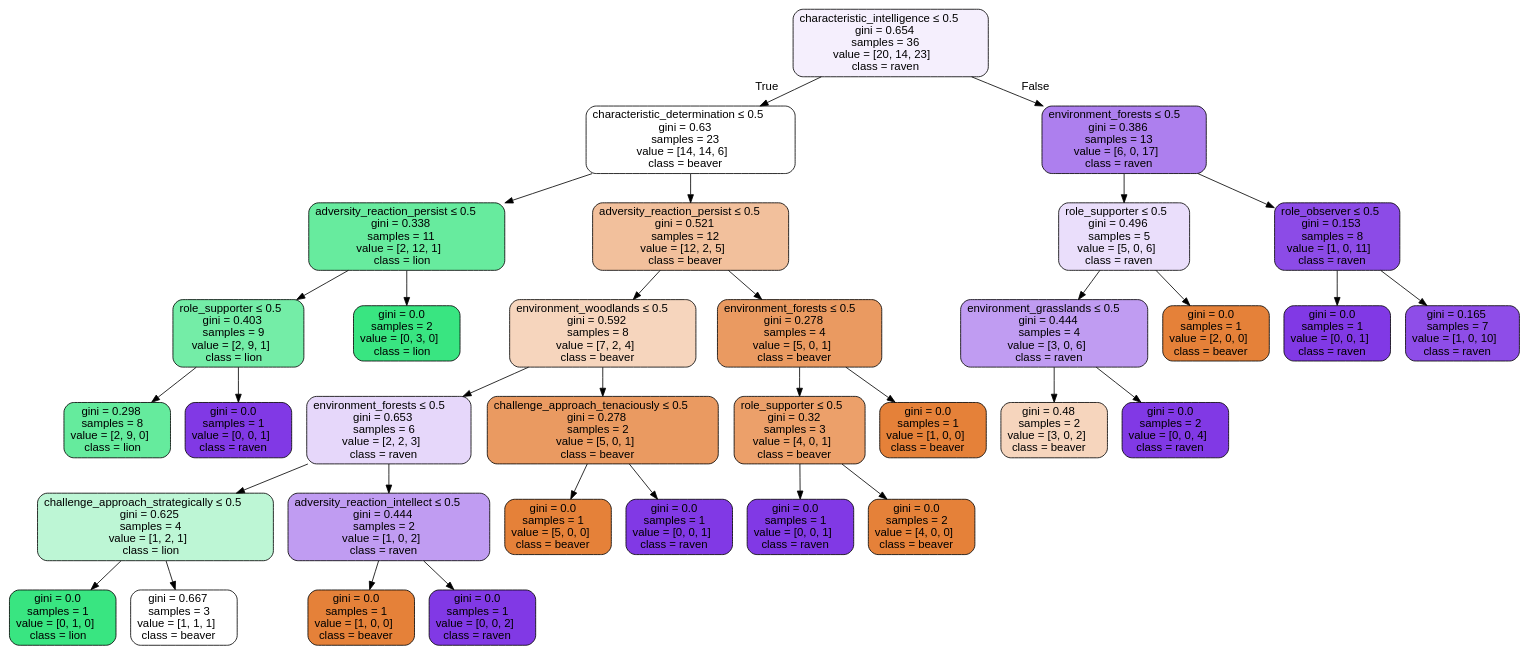
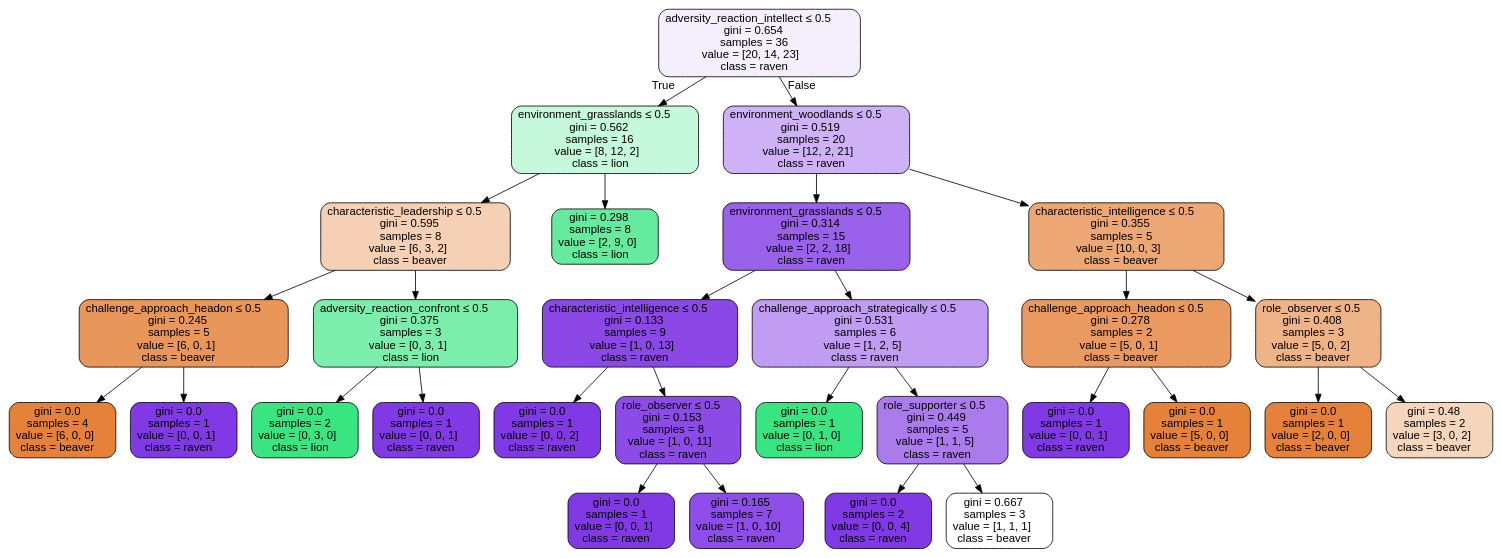
One commit to rphlmnbt/spirit-animal-test changed the diagram in BE/graph.dot. Above: the diagram before and after it, drawn with Graphviz. The commit also changed 5 other files, not shown here.

```diff
--- a/BE/graph.dot
+++ b/BE/graph.dot
@@ -1,69 +1,61 @@
 digraph Tree {
 node [shape=box, style="filled, rounded", color="black", fontname="helvetica"] ;
 edge [fontname="helvetica"] ;
-0 [label=<characteristic_intelligence &le; 0.5<br/>gini = 0.654<br/>samples = 36<br/>value = [20, 14, 23]<br/>class = raven>, fillcolor="#f5effd"] ;
-1 [label=<characteristic_determination &le; 0.5<br/>gini = 0.63<br/>samples = 23<br/>value = [14, 14, 6]<br/>class = beaver>, fillcolor="#ffffff"] ;
+0 [label=<adversity_reaction_intellect &le; 0.5<br/>gini = 0.654<br/>samples = 36<br/>value = [20, 14, 23]<br/>class = raven>, fillcolor="#f5effd"] ;
+1 [label=<environment_grasslands &le; 0.5<br/>gini = 0.562<br/>samples = 16<br/>value = [8, 12, 2]<br/>class = lion>, fillcolor="#c6f8db"] ;
 0 -> 1 [labeldistance=2.5, labelangle=45, headlabel="True"] ;
-2 [label=<adversity_reaction_persist &le; 0.5<br/>gini = 0.338<br/>samples = 11<br/>value = [2, 12, 1]<br/>class = lion>, fillcolor="#67eb9e"] ;
+2 [label=<characteristic_leadership &le; 0.5<br/>gini = 0.595<br/>samples = 8<br/>value = [6, 3, 2]<br/>class = beaver>, fillcolor="#f5d0b5"] ;
 1 -> 2 ;
-3 [label=<role_supporter &le; 0.5<br/>gini = 0.403<br/>samples = 9<br/>value = [2, 9, 1]<br/>class = lion>, fillcolor="#74eda7"] ;
+3 [label=<challenge_approach_headon &le; 0.5<br/>gini = 0.245<br/>samples = 5<br/>value = [6, 0, 1]<br/>class = beaver>, fillcolor="#e9965a"] ;
 2 -> 3 ;
-4 [label=<gini = 0.298<br/>samples = 8<br/>value = [2, 9, 0]<br/>class = lion>, fillcolor="#65eb9d"] ;
+4 [label=<gini = 0.0<br/>samples = 4<br/>value = [6, 0, 0]<br/>class = beaver>, fillcolor="#e58139"] ;
 3 -> 4 ;
 5 [label=<gini = 0.0<br/>samples = 1<br/>value = [0, 0, 1]<br/>class = raven>, fillcolor="#8139e5"] ;
 3 -> 5 ;
-6 [label=<gini = 0.0<br/>samples = 2<br/>value = [0, 3, 0]<br/>class = lion>, fillcolor="#39e581"] ;
+6 [label=<adversity_reaction_confront &le; 0.5<br/>gini = 0.375<br/>samples = 3<br/>value = [0, 3, 1]<br/>class = lion>, fillcolor="#7beeab"] ;
 2 -> 6 ;
-7 [label=<adversity_reaction_persist &le; 0.5<br/>gini = 0.521<br/>samples = 12<br/>value = [12, 2, 5]<br/>class = beaver>, fillcolor="#f2c09c"] ;
-1 -> 7 ;
-8 [label=<environment_woodlands &le; 0.5<br/>gini = 0.592<br/>samples = 8<br/>value = [7, 2, 4]<br/>class = beaver>, fillcolor="#f6d5bd"] ;
-7 -> 8 ;
-9 [label=<environment_forests &le; 0.5<br/>gini = 0.653<br/>samples = 6<br/>value = [2, 2, 3]<br/>class = raven>, fillcolor="#e6d7fa"] ;
-8 -> 9 ;
-10 [label=<challenge_approach_strategically &le; 0.5<br/>gini = 0.625<br/>samples = 4<br/>value = [1, 2, 1]<br/>class = lion>, fillcolor="#bdf6d5"] ;
-9 -> 10 ;
-11 [label=<gini = 0.0<br/>samples = 1<br/>value = [0, 1, 0]<br/>class = lion>, fillcolor="#39e581"] ;
+7 [label=<gini = 0.0<br/>samples = 2<br/>value = [0, 3, 0]<br/>class = lion>, fillcolor="#39e581"] ;
+6 -> 7 ;
+8 [label=<gini = 0.0<br/>samples = 1<br/>value = [0, 0, 1]<br/>class = raven>, fillcolor="#8139e5"] ;
+6 -> 8 ;
+9 [label=<gini = 0.298<br/>samples = 8<br/>value = [2, 9, 0]<br/>class = lion>, fillcolor="#65eb9d"] ;
+1 -> 9 ;
+10 [label=<environment_woodlands &le; 0.5<br/>gini = 0.519<br/>samples = 20<br/>value = [12, 2, 21]<br/>class = raven>, fillcolor="#ceb2f5"] ;
+0 -> 10 [labeldistance=2.5, labelangle=-45, headlabel="False"] ;
+11 [label=<environment_grasslands &le; 0.5<br/>gini = 0.314<br/>samples = 15<br/>value = [2, 2, 18]<br/>class = raven>, fillcolor="#9a61ea"] ;
 10 -> 11 ;
-12 [label=<gini = 0.667<br/>samples = 3<br/>value = [1, 1, 1]<br/>class = beaver>, fillcolor="#ffffff"] ;
-10 -> 12 ;
-13 [label=<adversity_reaction_intellect &le; 0.5<br/>gini = 0.444<br/>samples = 2<br/>value = [1, 0, 2]<br/>class = raven>, fillcolor="#c09cf2"] ;
-9 -> 13 ;
-14 [label=<gini = 0.0<br/>samples = 1<br/>value = [1, 0, 0]<br/>class = beaver>, fillcolor="#e58139"] ;
-13 -> 14 ;
-15 [label=<gini = 0.0<br/>samples = 1<br/>value = [0, 0, 2]<br/>class = raven>, fillcolor="#8139e5"] ;
-13 -> 15 ;
-16 [label=<challenge_approach_tenaciously &le; 0.5<br/>gini = 0.278<br/>samples = 2<br/>value = [5, 0, 1]<br/>class = beaver>, fillcolor="#ea9a61"] ;
-8 -> 16 ;
-17 [label=<gini = 0.0<br/>samples = 1<br/>value = [5, 0, 0]<br/>class = beaver>, fillcolor="#e58139"] ;
-16 -> 17 ;
-18 [label=<gini = 0.0<br/>samples = 1<br/>value = [0, 0, 1]<br/>class = raven>, fillcolor="#8139e5"] ;
-16 -> 18 ;
-19 [label=<environment_forests &le; 0.5<br/>gini = 0.278<br/>samples = 4<br/>value = [5, 0, 1]<br/>class = beaver>, fillcolor="#ea9a61"] ;
-7 -> 19 ;
-20 [label=<role_supporter &le; 0.5<br/>gini = 0.32<br/>samples = 3<br/>value = [4, 0, 1]<br/>class = beaver>, fillcolor="#eca06a"] ;
+12 [label=<characteristic_intelligence &le; 0.5<br/>gini = 0.133<br/>samples = 9<br/>value = [1, 0, 13]<br/>class = raven>, fillcolor="#8b48e7"] ;
+11 -> 12 ;
+13 [label=<gini = 0.0<br/>samples = 1<br/>value = [0, 0, 2]<br/>class = raven>, fillcolor="#8139e5"] ;
+12 -> 13 ;
+14 [label=<role_observer &le; 0.5<br/>gini = 0.153<br/>samples = 8<br/>value = [1, 0, 11]<br/>class = raven>, fillcolor="#8c4be7"] ;
+12 -> 14 ;
+15 [label=<gini = 0.0<br/>samples = 1<br/>value = [0, 0, 1]<br/>class = raven>, fillcolor="#8139e5"] ;
+14 -> 15 ;
+16 [label=<gini = 0.165<br/>samples = 7<br/>value = [1, 0, 10]<br/>class = raven>, fillcolor="#8e4de8"] ;
+14 -> 16 ;
+17 [label=<challenge_approach_strategically &le; 0.5<br/>gini = 0.531<br/>samples = 6<br/>value = [1, 2, 5]<br/>class = raven>, fillcolor="#c09cf2"] ;
+11 -> 17 ;
+18 [label=<gini = 0.0<br/>samples = 1<br/>value = [0, 1, 0]<br/>class = lion>, fillcolor="#39e581"] ;
+17 -> 18 ;
+19 [label=<role_supporter &le; 0.5<br/>gini = 0.449<br/>samples = 5<br/>value = [1, 1, 5]<br/>class = raven>, fillcolor="#ab7bee"] ;
+17 -> 19 ;
+20 [label=<gini = 0.0<br/>samples = 2<br/>value = [0, 0, 4]<br/>class = raven>, fillcolor="#8139e5"] ;
 19 -> 20 ;
-21 [label=<gini = 0.0<br/>samples = 1<br/>value = [0, 0, 1]<br/>class = raven>, fillcolor="#8139e5"] ;
-20 -> 21 ;
-22 [label=<gini = 0.0<br/>samples = 2<br/>value = [4, 0, 0]<br/>class = beaver>, fillcolor="#e58139"] ;
-20 -> 22 ;
-23 [label=<gini = 0.0<br/>samples = 1<br/>value = [1, 0, 0]<br/>class = beaver>, fillcolor="#e58139"] ;
-19 -> 23 ;
-24 [label=<environment_forests &le; 0.5<br/>gini = 0.386<br/>samples = 13<br/>value = [6, 0, 17]<br/>class = raven>, fillcolor="#ad7fee"] ;
-0 -> 24 [labeldistance=2.5, labelangle=-45, headlabel="False"] ;
-25 [label=<role_supporter &le; 0.5<br/>gini = 0.496<br/>samples = 5<br/>value = [5, 0, 6]<br/>class = raven>, fillcolor="#eadefb"] ;
-24 -> 25 ;
-26 [label=<environment_grasslands &le; 0.5<br/>gini = 0.444<br/>samples = 4<br/>value = [3, 0, 6]<br/>class = raven>, fillcolor="#c09cf2"] ;
-25 -> 26 ;
-27 [label=<gini = 0.48<br/>samples = 2<br/>value = [3, 0, 2]<br/>class = beaver>, fillcolor="#f6d5bd"] ;
+21 [label=<gini = 0.667<br/>samples = 3<br/>value = [1, 1, 1]<br/>class = beaver>, fillcolor="#ffffff"] ;
+19 -> 21 ;
+22 [label=<characteristic_intelligence &le; 0.5<br/>gini = 0.355<br/>samples = 5<br/>value = [10, 0, 3]<br/>class = beaver>, fillcolor="#eda774"] ;
+10 -> 22 ;
+23 [label=<challenge_approach_headon &le; 0.5<br/>gini = 0.278<br/>samples = 2<br/>value = [5, 0, 1]<br/>class = beaver>, fillcolor="#ea9a61"] ;
+22 -> 23 ;
+24 [label=<gini = 0.0<br/>samples = 1<br/>value = [0, 0, 1]<br/>class = raven>, fillcolor="#8139e5"] ;
+23 -> 24 ;
+25 [label=<gini = 0.0<br/>samples = 1<br/>value = [5, 0, 0]<br/>class = beaver>, fillcolor="#e58139"] ;
+23 -> 25 ;
+26 [label=<role_observer &le; 0.5<br/>gini = 0.408<br/>samples = 3<br/>value = [5, 0, 2]<br/>class = beaver>, fillcolor="#efb388"] ;
+22 -> 26 ;
+27 [label=<gini = 0.0<br/>samples = 1<br/>value = [2, 0, 0]<br/>class = beaver>, fillcolor="#e58139"] ;
 26 -> 27 ;
-28 [label=<gini = 0.0<br/>samples = 2<br/>value = [0, 0, 4]<br/>class = raven>, fillcolor="#8139e5"] ;
+28 [label=<gini = 0.48<br/>samples = 2<br/>value = [3, 0, 2]<br/>class = beaver>, fillcolor="#f6d5bd"] ;
 26 -> 28 ;
-29 [label=<gini = 0.0<br/>samples = 1<br/>value = [2, 0, 0]<br/>class = beaver>, fillcolor="#e58139"] ;
-25 -> 29 ;
-30 [label=<role_observer &le; 0.5<br/>gini = 0.153<br/>samples = 8<br/>value = [1, 0, 11]<br/>class = raven>, fillcolor="#8c4be7"] ;
-24 -> 30 ;
-31 [label=<gini = 0.0<br/>samples = 1<br/>value = [0, 0, 1]<br/>class = raven>, fillcolor="#8139e5"] ;
-30 -> 31 ;
-32 [label=<gini = 0.165<br/>samples = 7<br/>value = [1, 0, 10]<br/>class = raven>, fillcolor="#8e4de8"] ;
-30 -> 32 ;
 }
```
